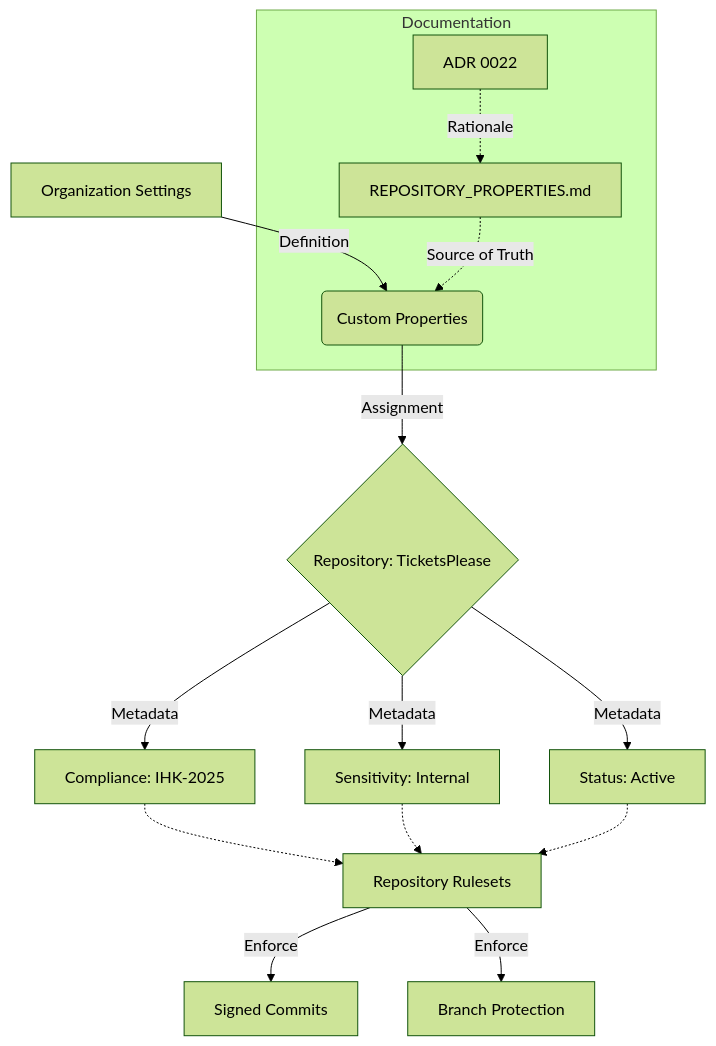
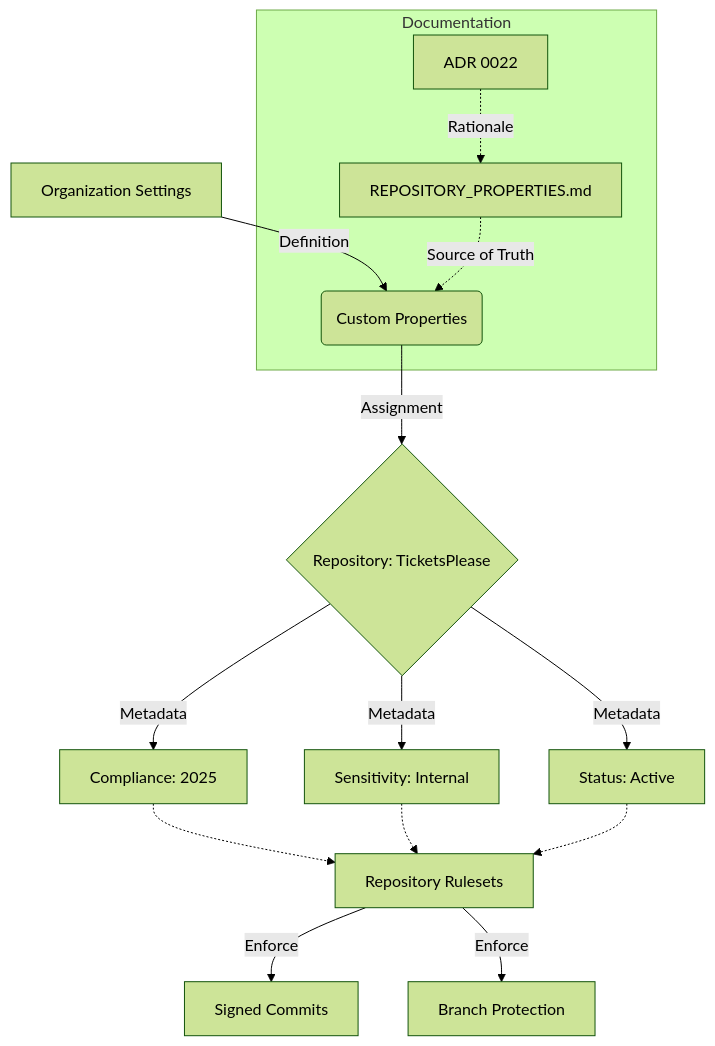
Before and after one commit to T-Boyke/TicketsPlease: the diagram in docs/adr/0022-github-custom-properties.md, drawn with Mermaid (forest theme). The commit also changed other lines of this file and 4 other files, not shown here.

````diff
--- a/docs/adr/0022-github-custom-properties.md
+++ b/docs/adr/0022-github-custom-properties.md
@@ -49,20 +49,20 @@
 ```mermaid
 graph TD
     A[Organization Settings] -->|Definition| B(Custom Properties)
     B -->|Assignment| C{Repository: TicketsPlease}
-    C -->|Metadata| D[Compliance: IHK-2025]
+    C -->|Metadata| D[Compliance: 2025]
     C -->|Metadata| E[Sensitivity: Internal]
     C -->|Metadata| F[Status: Active]
 
     D -.-> G[Repository Rulesets]
     E -.-> G
     F -.-> G
 
     G -->|Enforce| H[Signed Commits]
     G -->|Enforce| I[Branch Protection]
 
     subgraph Documentation
         J[REPOSITORY_PROPERTIES.md] -.->|Source of Truth| B
         K[ADR 0022] -.->|Rationale| J
     end
 ```
````
